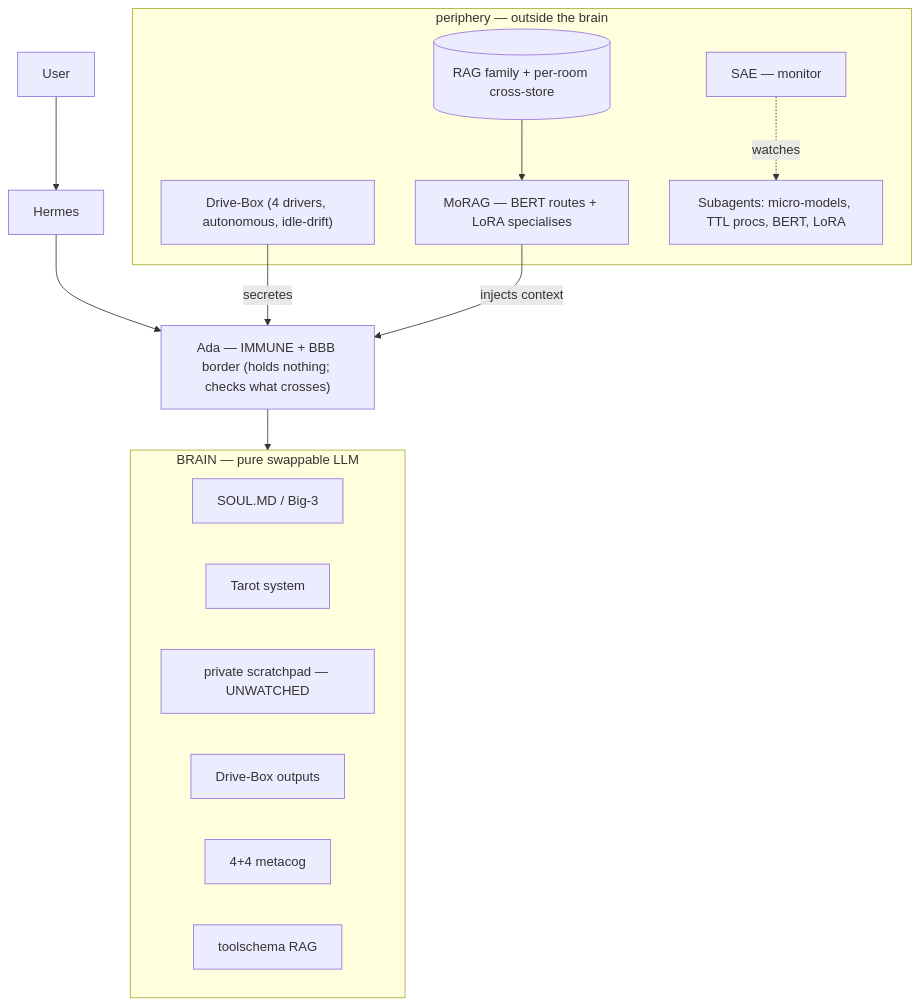
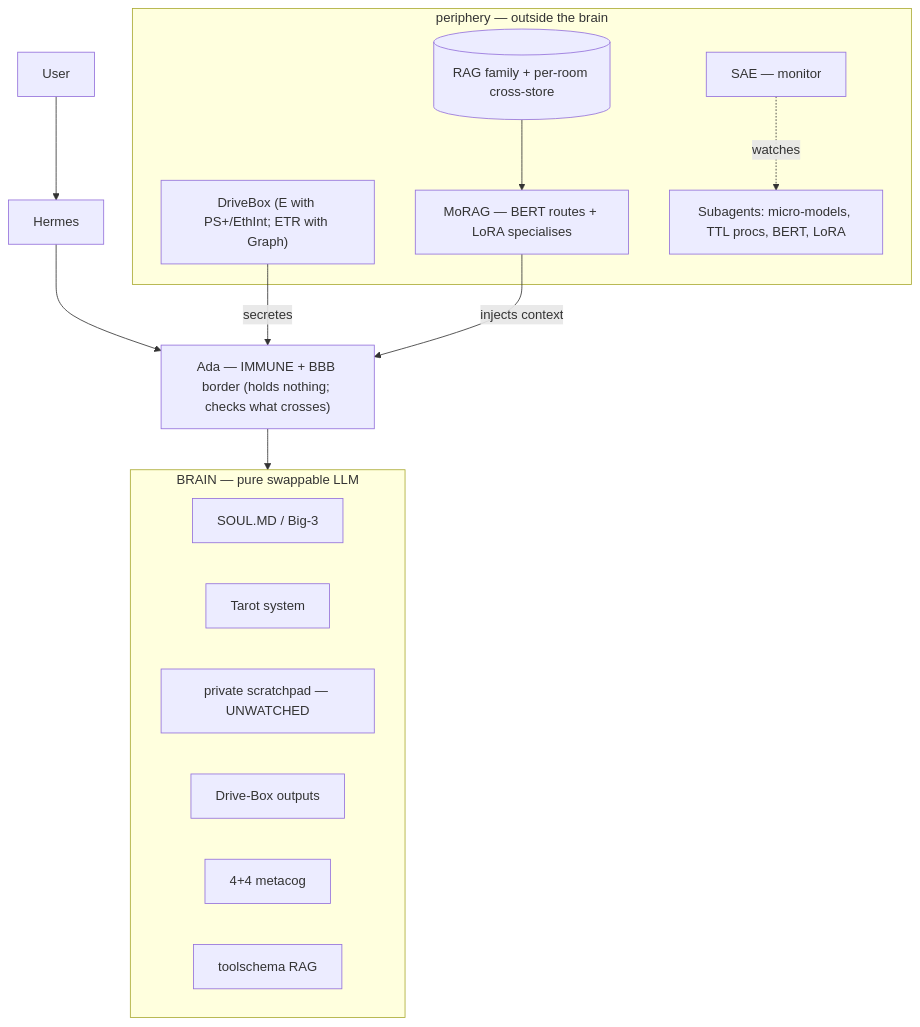
Before and after one commit to SHOGGOTH-SECTOR/sica-fondt: the second of 2 diagrams in core/docs/gen03_body.md, drawn with Mermaid. The commit also changed other lines of this file, not shown here.

Commit message:
docs(body): reflect two-branch DriveBox and outer-only Ichor

````diff
--- a/core/docs/gen03_body.md
+++ b/core/docs/gen03_body.md
@@ -111,28 +126,28 @@
 ```mermaid
 flowchart TD
   User --> Hermes
   Hermes --> Ada
 
   subgraph PERIPHERy["periphery — outside the brain"]
-    DriveBox["Drive-Box (4 drivers, autonomous, idle-drift)"]
+    DriveBox["DriveBox (E with PS+/EthInt; ETR with Graph)"]
     MoRAG["MoRAG — BERT routes + LoRA specialises"]
     RAGs[("RAG family + per-room cross-store")]
     SAE["SAE — monitor"]
     Subs["Subagents: micro-models, TTL procs, BERT, LoRA"]
     RAGs --> MoRAG
     SAE -. watches .-> Subs
   end
 
   DriveBox -- secretes --> Ada
   MoRAG -- injects context --> Ada
   Ada["Ada — IMMUNE + BBB border (holds nothing; checks what crosses)"] --> Brain
 
   subgraph Brain["BRAIN — pure swappable LLM"]
     Soul["SOUL.MD / Big-3"]
     Tarot["Tarot system"]
     Scratch["private scratchpad — UNWATCHED"]
     DBout["Drive-Box outputs"]
     Meta["4+4 metacog"]
     Tool["toolschema RAG"]
   end
 ```
````
